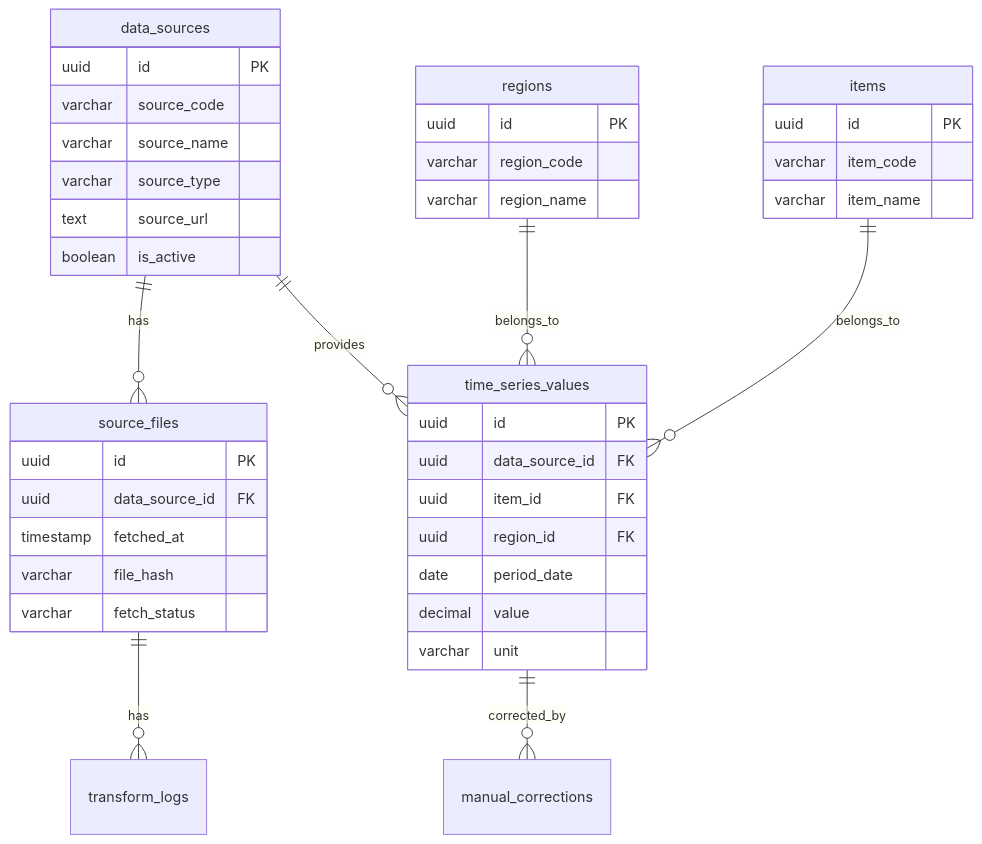
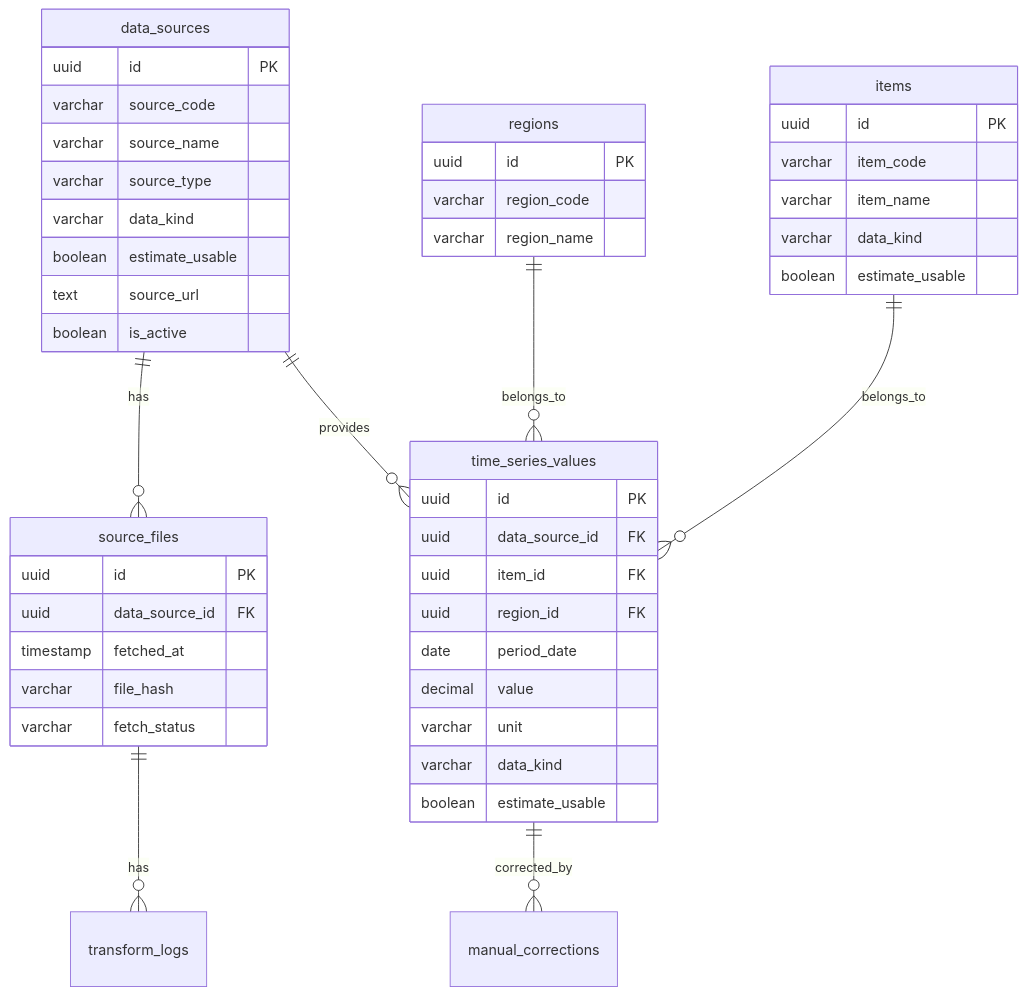
The second of 3 diagrams in Civil Cost Index Dashboard｜詳細設計仕様書.md (Kensan196948G/Civil-Cost-Index-Dashboard), drawn with Mermaid before and after one commit. The commit also changed other lines of this file and 134 other files, not shown here.

````diff
--- a/Civil Cost Index Dashboard｜詳細設計仕様書.md
+++ b/Civil Cost Index Dashboard｜詳細設計仕様書.md
@@ -481,48 +481,54 @@
 ```mermaid
 erDiagram
     data_sources ||--o{ source_files : has
     source_files ||--o{ transform_logs : has
     data_sources ||--o{ time_series_values : provides
     regions ||--o{ time_series_values : belongs_to
     items ||--o{ time_series_values : belongs_to
     time_series_values ||--o{ manual_corrections : corrected_by
 
     data_sources {
         uuid id PK
         varchar source_code
         varchar source_name
         varchar source_type
+        varchar data_kind
+        boolean estimate_usable
         text source_url
         boolean is_active
     }
 
     source_files {
         uuid id PK
         uuid data_source_id FK
         timestamp fetched_at
         varchar file_hash
         varchar fetch_status
     }
 
     time_series_values {
         uuid id PK
         uuid data_source_id FK
         uuid item_id FK
         uuid region_id FK
         date period_date
         decimal value
         varchar unit
+        varchar data_kind
+        boolean estimate_usable
     }
 
     regions {
         uuid id PK
         varchar region_code
         varchar region_name
     }
 
     items {
         uuid id PK
         varchar item_code
         varchar item_name
+        varchar data_kind
+        boolean estimate_usable
     }
 ```
````
